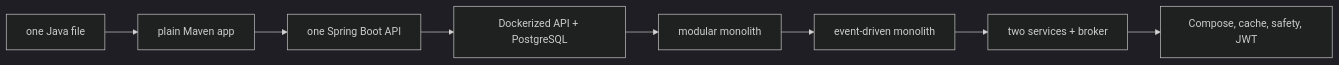
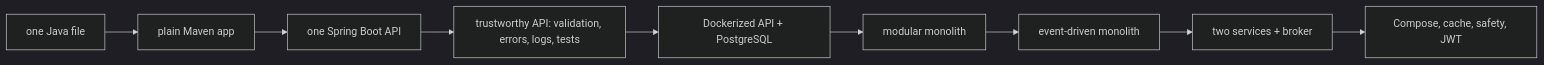
One commit to kevin-voss/learning-project changed the diagram in spring-boot-system-design/PROJECT-STORY.md. Above: the diagram before and after it, drawn with Mermaid (dark theme). The commit also changed other lines of this file and 69 other files, not shown here.

````diff
--- a/spring-boot-system-design/PROJECT-STORY.md
+++ b/spring-boot-system-design/PROJECT-STORY.md
@@ -5,10 +5,11 @@
 ```mermaid
 flowchart LR
   A[one Java file] --> B[plain Maven app]
   B --> C[one Spring Boot API]
-  C --> D[Dockerized API + PostgreSQL]
+  C --> C2[trustworthy API: validation, errors, logs, tests]
+  C2 --> D[Dockerized API + PostgreSQL]
   D --> E[modular monolith]
   E --> F[event-driven monolith]
   F --> G[two services + broker]
   G --> H[Compose, cache, safety, JWT]
 ```
````
